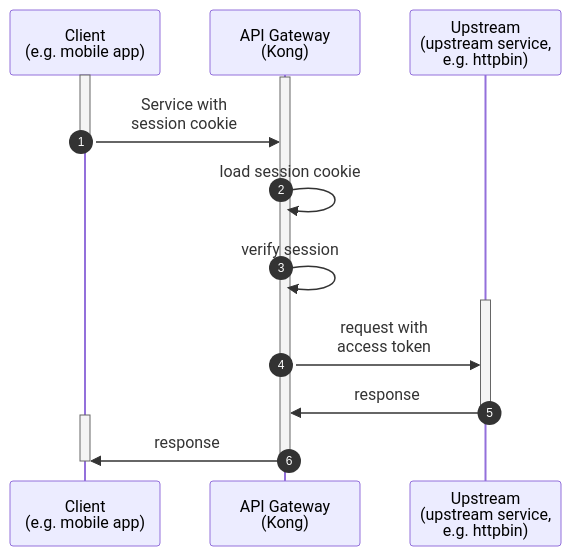
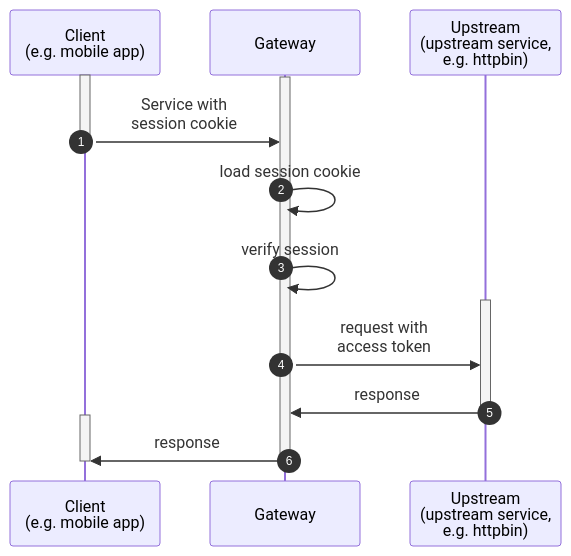
The diagram in app/_includes/plugins/oidc/diagrams/session.md (Kong/developer.konghq.com), drawn with Mermaid before and after one commit. The commit also changed 27 other files, not shown here.

```diff
--- a/app/_includes/plugins/oidc/diagrams/session.md
+++ b/app/_includes/plugins/oidc/diagrams/session.md
@@ -2,21 +2,21 @@
 {% mermaid %}
 sequenceDiagram
     autonumber
     participant client as Client <br>(e.g. mobile app)
-    participant kong as API Gateway <br>(Kong)
+    participant kong as Gateway
     participant httpbin as Upstream <br>(upstream service,<br> e.g. httpbin)
     activate client
     activate kong
     client->>kong: Service with<br>session cookie
     deactivate client
     kong->>kong: load session cookie
     kong->>kong: verify session
     activate httpbin
     kong->>httpbin: request with<br>access token
     httpbin->>kong: response
     deactivate httpbin
     activate client
     kong->>client: response
     deactivate kong
     deactivate client
 {% endmermaid %}
```
